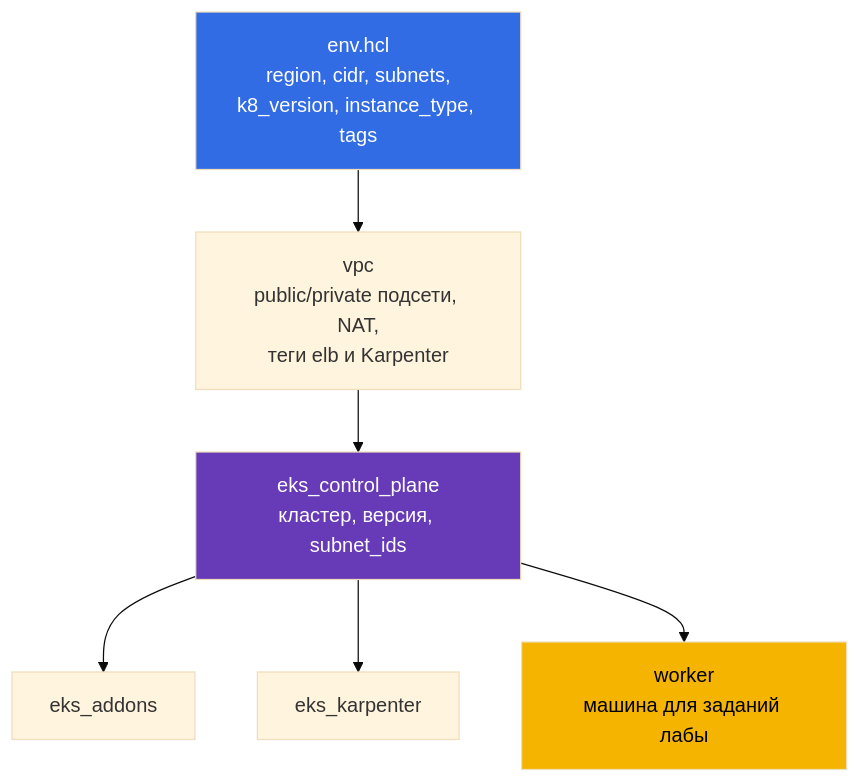
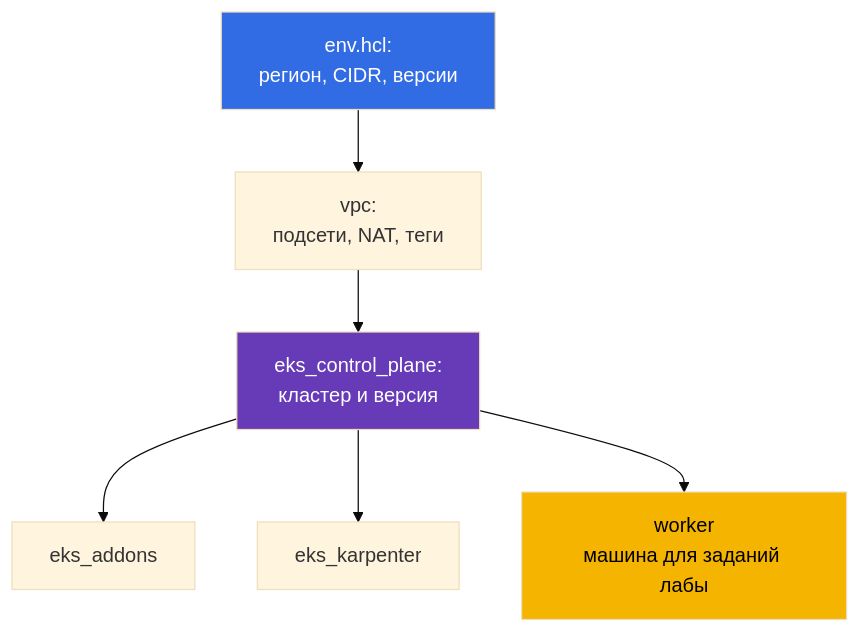
One commit to ViktorUJ/cks changed the third of 3 diagrams in tasks/eks/course/00-5-tools/ru.md. Above: the diagram before and after it, drawn with Mermaid (base theme). The commit also changed other lines of this file and 52 other files, not shown here.

````diff
--- a/tasks/eks/course/00-5-tools/ru.md
+++ b/tasks/eks/course/00-5-tools/ru.md
@@ -156,11 +176,11 @@
 ```mermaid
 flowchart TB
-    env["env.hcl<br>region, cidr, subnets,<br>k8_version, instance_type, tags"]
-    vpc["vpc<br>public/private подсети, NAT,<br>теги elb и Karpenter"]
-    cp["eks_control_plane<br>кластер, версия, subnet_ids"]
+    env["env.hcl:<br/>регион, CIDR, версии"]
+    vpc["vpc:<br/>подсети, NAT, теги"]
+    cp["eks_control_plane:<br/>кластер и версия"]
     env --> vpc --> cp
-    cp --> add["eks_addons"] & karp["eks_karpenter"] & wrk["worker<br>машина для заданий лабы"]
+    cp --> add["eks_addons"] & karp["eks_karpenter"] & wrk["worker<br/>машина для заданий лабы"]
     style env fill:#326ce5,color:#fff
     style cp fill:#673ab7,color:#fff
     style wrk fill:#f4b400,color:#000
 ```
````
